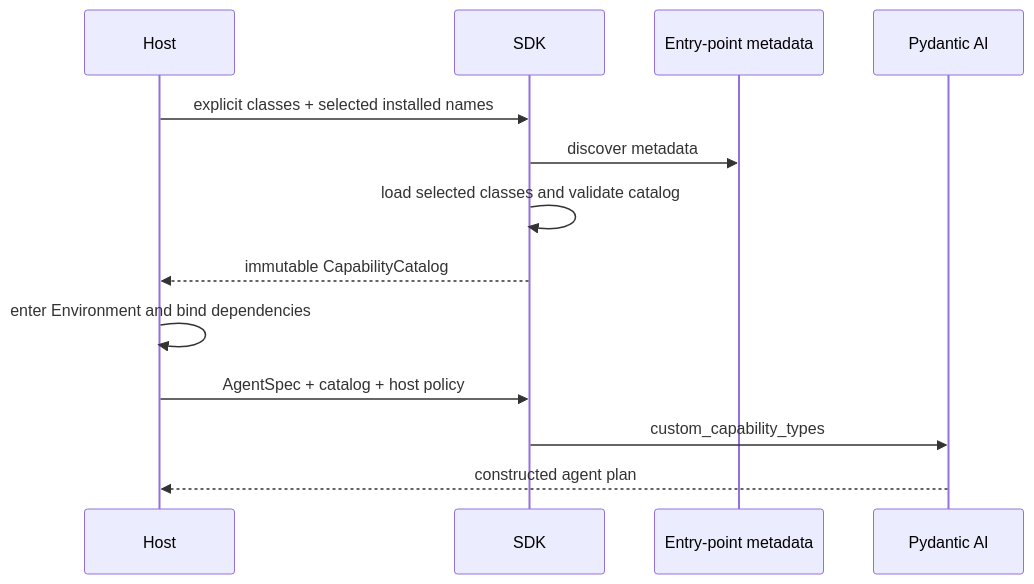
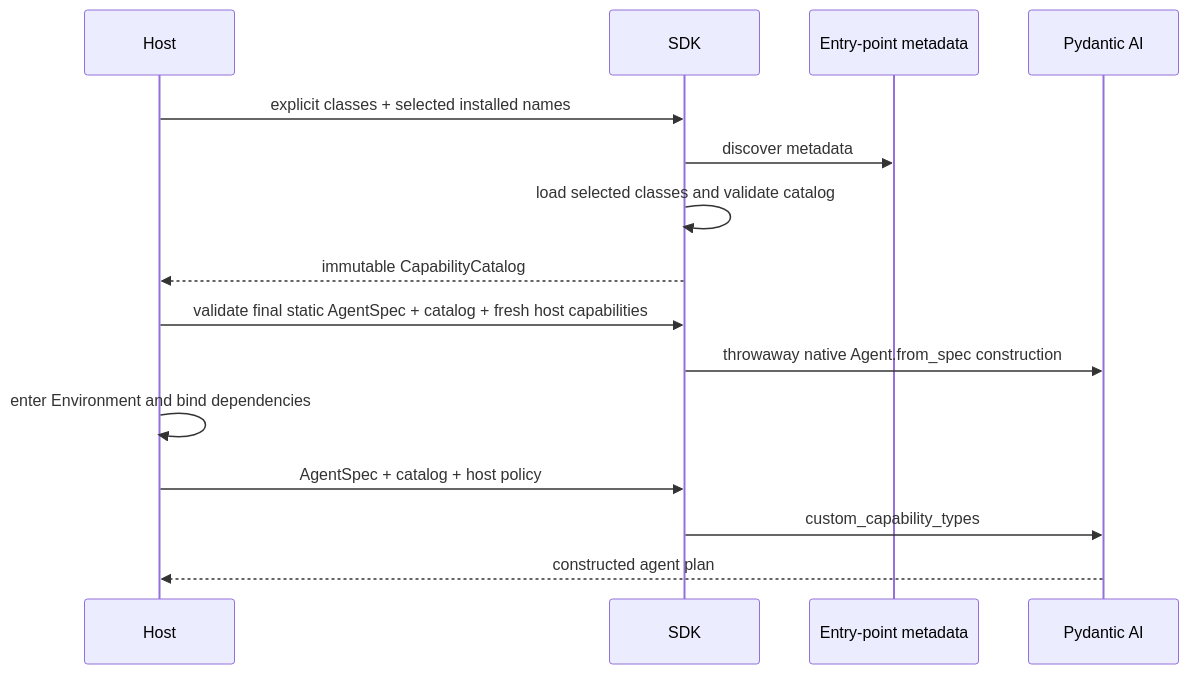
The diagram in packages/ya-agent-sdk/spec/06-capability-plugins/02-host-integration-and-validation.md (Wh1isper/ya-agent-sdk), drawn with Mermaid before and after one commit. The commit also changed other lines of this file and 56 other files, not shown here.

````diff
--- a/packages/ya-agent-sdk/spec/06-capability-plugins/02-host-integration-and-validation.md
+++ b/packages/ya-agent-sdk/spec/06-capability-plugins/02-host-integration-and-validation.md
@@ -29,16 +31,18 @@
 ```mermaid
 sequenceDiagram
     participant Host
     participant SDK
     participant Metadata as Entry-point metadata
     participant Pydantic as Pydantic AI
 
     Host->>SDK: explicit classes + selected installed names
     SDK->>Metadata: discover metadata
     SDK->>SDK: load selected classes and validate catalog
     SDK-->>Host: immutable CapabilityCatalog
+    Host->>SDK: validate final static AgentSpec + catalog + fresh host capabilities
+    SDK->>Pydantic: throwaway native Agent.from_spec construction
     Host->>Host: enter Environment and bind dependencies
     Host->>SDK: AgentSpec + catalog + host policy
     SDK->>Pydantic: custom_capability_types
     Pydantic-->>Host: constructed agent plan
 ```
````
